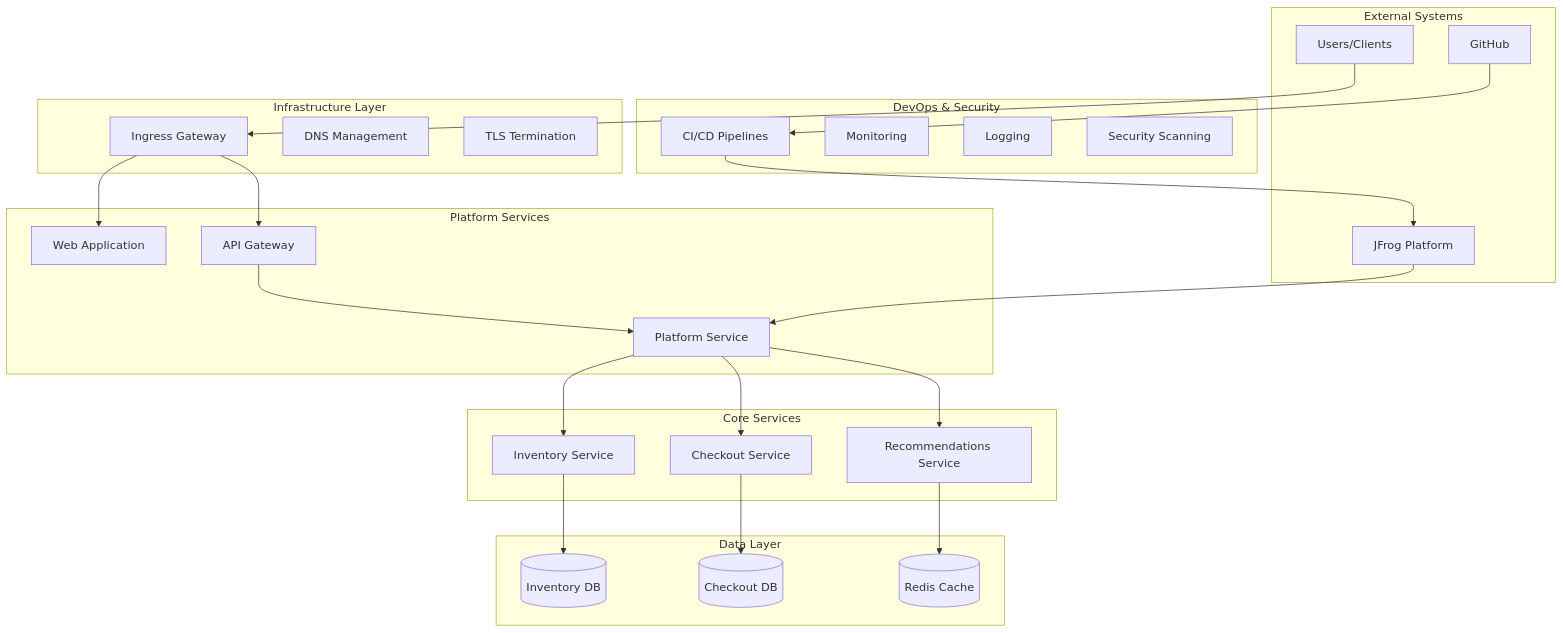
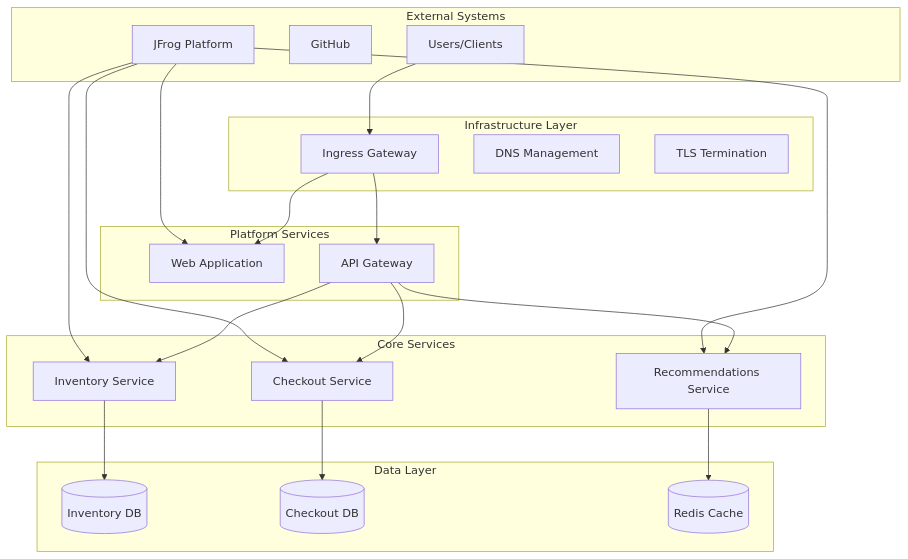
The first of 10 diagrams in docs/ARCHITECTURE.md (yonatanp-jfrog/bookverse-demo-init), drawn with Mermaid before and after one commit. The commit also changed other lines of this file, not shown here.

First line of the commit message:
refactor: Update architecture diagram to reflect actual implementation

````diff
--- a/docs/ARCHITECTURE.md
+++ b/docs/ARCHITECTURE.md
@@ -16,56 +16,50 @@
 ```mermaid
 graph TB
     subgraph "External Systems"
         U[Users/Clients]
         GH[GitHub]
         JF[JFrog Platform]
     end
     
     subgraph "Infrastructure Layer"
         IGW[Ingress Gateway]
         DNS[DNS Management]
         TLS[TLS Termination]
     end
     
     subgraph "Platform Services"
         WEB[Web Application]
         API[API Gateway]
-        PLAT[Platform Service]
+        
     end
     
     subgraph "Core Services"
         INV[Inventory Service]
         REC[Recommendations Service]  
         CHK[Checkout Service]
     end
     
     subgraph "Data Layer"
         INVDB[(Inventory DB)]
         CHKDB[(Checkout DB)]
         CACHE[(Redis Cache)]
     end
     
-    subgraph "DevOps & Security"
-        CICD[CI/CD Pipelines]
-        MON[Monitoring]
-        LOG[Logging]
-        SEC[Security Scanning]
-    end
     
     U --> IGW
     IGW --> WEB
     IGW --> API
     
-    API --> PLAT
-    PLAT --> INV
-    PLAT --> REC
-    PLAT --> CHK
+    API --> INV
+    API --> REC
+    API --> CHK
     
     INV --> INVDB
     CHK --> CHKDB
     REC --> CACHE
     
-    GH --> CICD
-    CICD --> JF
-    JF --> PLAT
+    JF --> INV
+    JF --> REC
+    JF --> CHK
+    JF --> WEB
 ```
````
